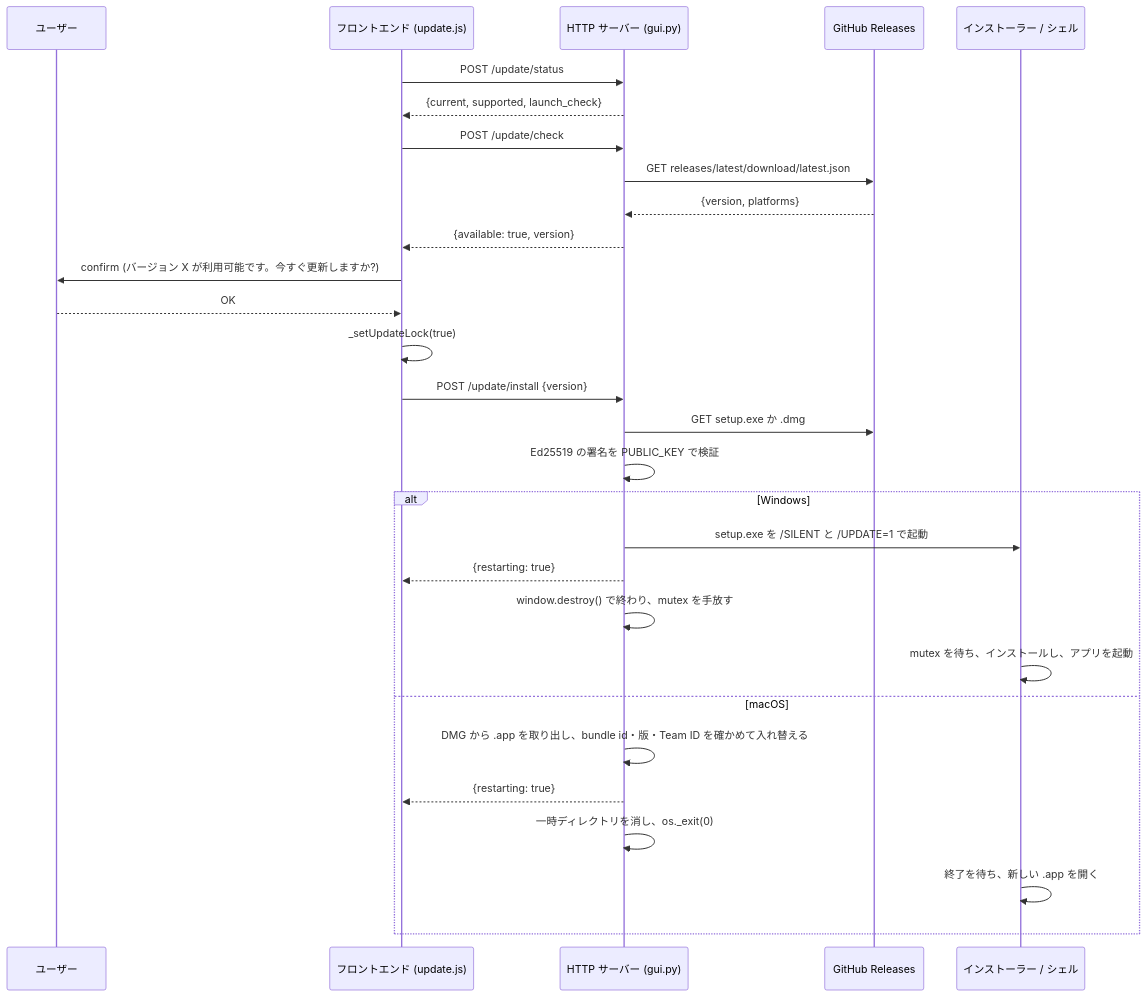
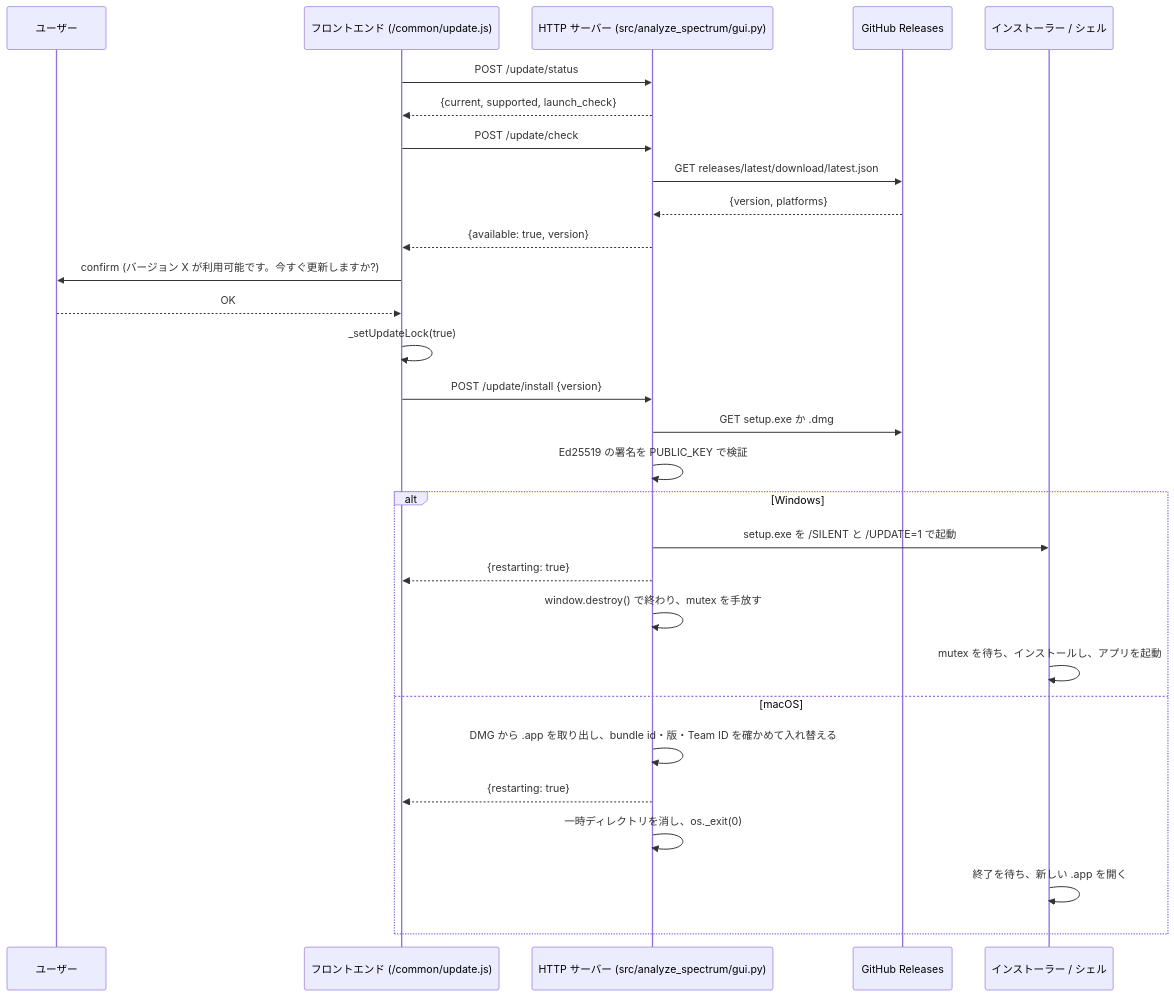
Diagram 14 of 18 in docs/architecture.ja.md (semnil/analyze-spectrum), drawn with Mermaid before and after one commit. The commit also changed other lines of this file and 7 other files, not shown here.

````diff
--- a/docs/architecture.ja.md
+++ b/docs/architecture.ja.md
@@ -374,32 +422,32 @@
 ```mermaid
 sequenceDiagram
     participant U as ユーザー
-    participant FE as フロントエンド (update.js)
-    participant SRV as HTTP サーバー (gui.py)
+    participant FE as フロントエンド (/common/update.js)
+    participant SRV as HTTP サーバー (src/analyze_spectrum/gui.py)
     participant GH as GitHub Releases
     participant OS as インストーラー / シェル
 
     FE->>SRV: POST /update/status
     SRV-->>FE: {current, supported, launch_check}
     FE->>SRV: POST /update/check
     SRV->>GH: GET releases/latest/download/latest.json
     GH-->>SRV: {version, platforms}
     SRV-->>FE: {available: true, version}
     FE->>U: confirm (バージョン X が利用可能です。今すぐ更新しますか?)
     U-->>FE: OK
     FE->>FE: _setUpdateLock(true)
     FE->>SRV: POST /update/install {version}
     SRV->>GH: GET setup.exe か .dmg
     SRV->>SRV: Ed25519 の署名を PUBLIC_KEY で検証
     alt Windows
         SRV->>OS: setup.exe を /SILENT と /UPDATE=1 で起動
         SRV-->>FE: {restarting: true}
         SRV->>SRV: window.destroy() で終わり、mutex を手放す
         OS->>OS: mutex を待ち、インストールし、アプリを起動
     else macOS
         SRV->>SRV: DMG から .app を取り出し、bundle id・版・Team ID を確かめて入れ替える
         SRV-->>FE: {restarting: true}
         SRV->>SRV: 一時ディレクトリを消し、os._exit(0)
         OS->>OS: 終了を待ち、新しい .app を開く
     end
 ```
````
